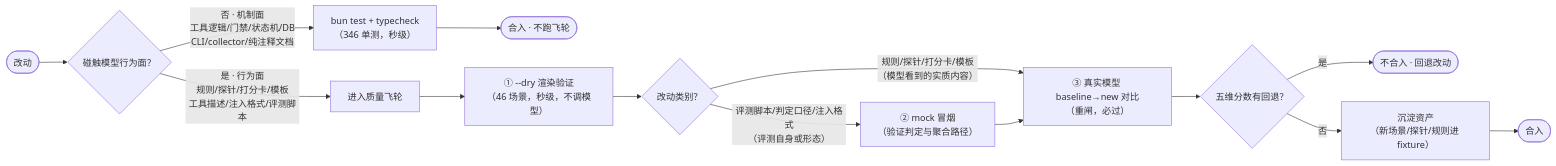
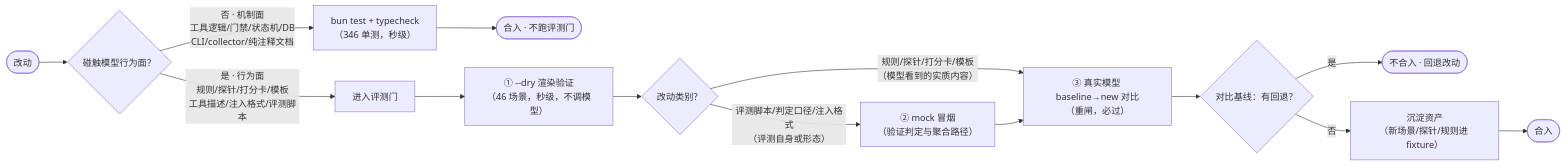
One commit to wonglaitung/opencode changed diagram 15 of 15 in opencode-session-mgmt/docs/session-management.md. Above: the diagram before and after it, drawn with Mermaid. The commit also changed other lines of this file and 2 other files, not shown here.

````diff
--- a/opencode-session-mgmt/docs/session-management.md
+++ b/opencode-session-mgmt/docs/session-management.md
@@ -1471,16 +1473,16 @@
 ```mermaid
 flowchart LR
     A(["改动"]) --> B{"碰触模型行为面？"}
     B -->|"否 · 机制面<br/>工具逻辑/门禁/状态机/DB<br/>CLI/collector/纯注释文档"| C["bun test + typecheck<br/>（346 单测，秒级）"]
-    C --> Z(["合入 · 不跑飞轮"])
-    B -->|"是 · 行为面<br/>规则/探针/打分卡/模板<br/>工具描述/注入格式/评测脚本"| D["进入质量飞轮"]
+    C --> Z(["合入 · 不跑评测门"])
+    B -->|"是 · 行为面<br/>规则/探针/打分卡/模板<br/>工具描述/注入格式/评测脚本"| D["进入评测门"]
     D --> E["① --dry 渲染验证<br/>（46 场景，秒级，不调模型）"]
     E --> F{"改动类别？"}
     F -->|"规则/探针/打分卡/模板<br/>（模型看到的实质内容）"| H
     F -->|"评测脚本/判定口径/注入格式<br/>（评测自身或形态）"| G["② mock 冒烟<br/>（验证判定与聚合路径）"]
     G --> H
-    H["③ 真实模型 baseline→new 对比<br/>（重闸，必过）"] --> I{"五维分数有回退？"}
+    H["③ 真实模型 baseline→new 对比<br/>（重闸，必过）"] --> I{"对比基线：有回退？"}
     I -->|"是"| J(["不合入 · 回退改动"])
     I -->|"否"| K["沉淀资产<br/>（新场景/探针/规则进 fixture）"]
     K --> L(["合入"])
 ```
````
